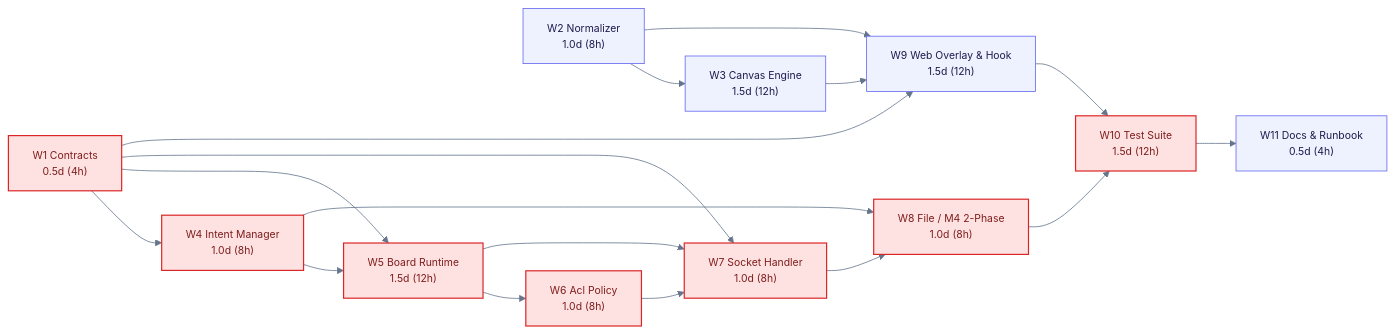
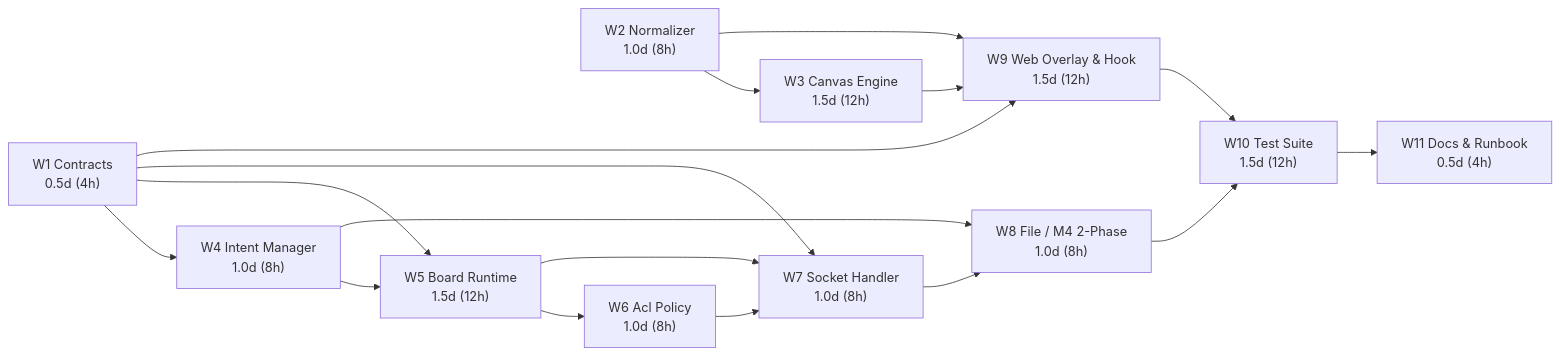
Before and after one commit to Lightning1507/CoLearnia: diagram 13 of 13 in docs/proposals/m5-board.md, drawn with Mermaid. The commit also changed other lines of this file, not shown here.

Commit message:
docs(board): align detailed design with mongodb standards and match m1-m4 diagram styling

````diff
--- a/docs/proposals/m5-board.md
+++ b/docs/proposals/m5-board.md
@@ -1163,30 +1101,23 @@
 ```mermaid
-%%{init: {"theme":"base","themeVariables":{"fontFamily":"Inter, Helvetica, Arial","fontSize":"13px","primaryColor":"#EEF2FF","primaryBorderColor":"#6366F1","primaryTextColor":"#1E1B4B","lineColor":"#64748B"}}}%%
 flowchart LR
   W1["W1 Contracts<br/>0.5d (4h)"]
   W2["W2 Normalizer<br/>1.0d (8h)"]
   W3["W3 Canvas Engine<br/>1.5d (12h)"]
   W4["W4 Intent Manager<br/>1.0d (8h)"]
   W5["W5 Board Runtime<br/>1.5d (12h)"]
   W6["W6 Acl Policy<br/>1.0d (8h)"]
   W7["W7 Socket Handler<br/>1.0d (8h)"]
   W8["W8 File / M4 2-Phase<br/>1.0d (8h)"]
   W9["W9 Web Overlay & Hook<br/>1.5d (12h)"]
   W10["W10 Test Suite<br/>1.5d (12h)"]
   W11["W11 Docs & Runbook<br/>0.5d (4h)"]
 
   W1 --> W4 --> W5 --> W6 --> W7 --> W8 --> W10 --> W11
   W1 --> W5
   W1 --> W7
   W5 --> W7
   W4 --> W8
   W2 --> W3 --> W9 --> W10
   W1 --> W9
   W2 --> W9
-
-  classDef crit fill:#FEE2E2,stroke:#DC2626,stroke-width:1.5px,color:#7F1D1D
-  classDef norm fill:#EEF2FF,stroke:#6366F1,stroke-width:1px,color:#1E1B4B
-
-  class W1,W4,W5,W6,W7,W8,W10 crit
-  class W2,W3,W9,W11 norm
 ```
````
